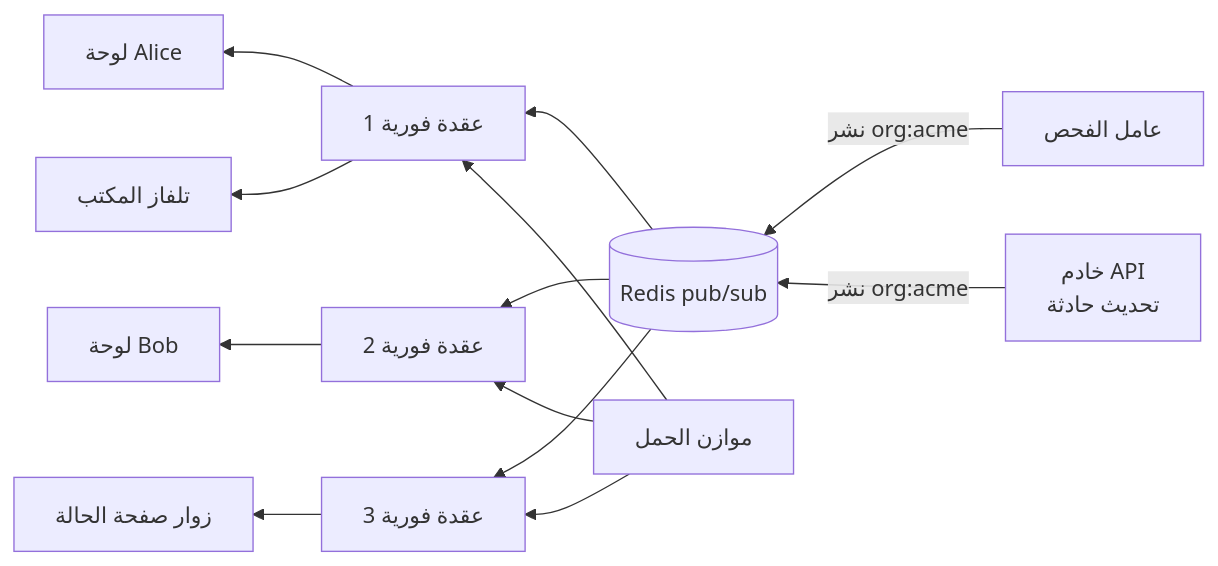
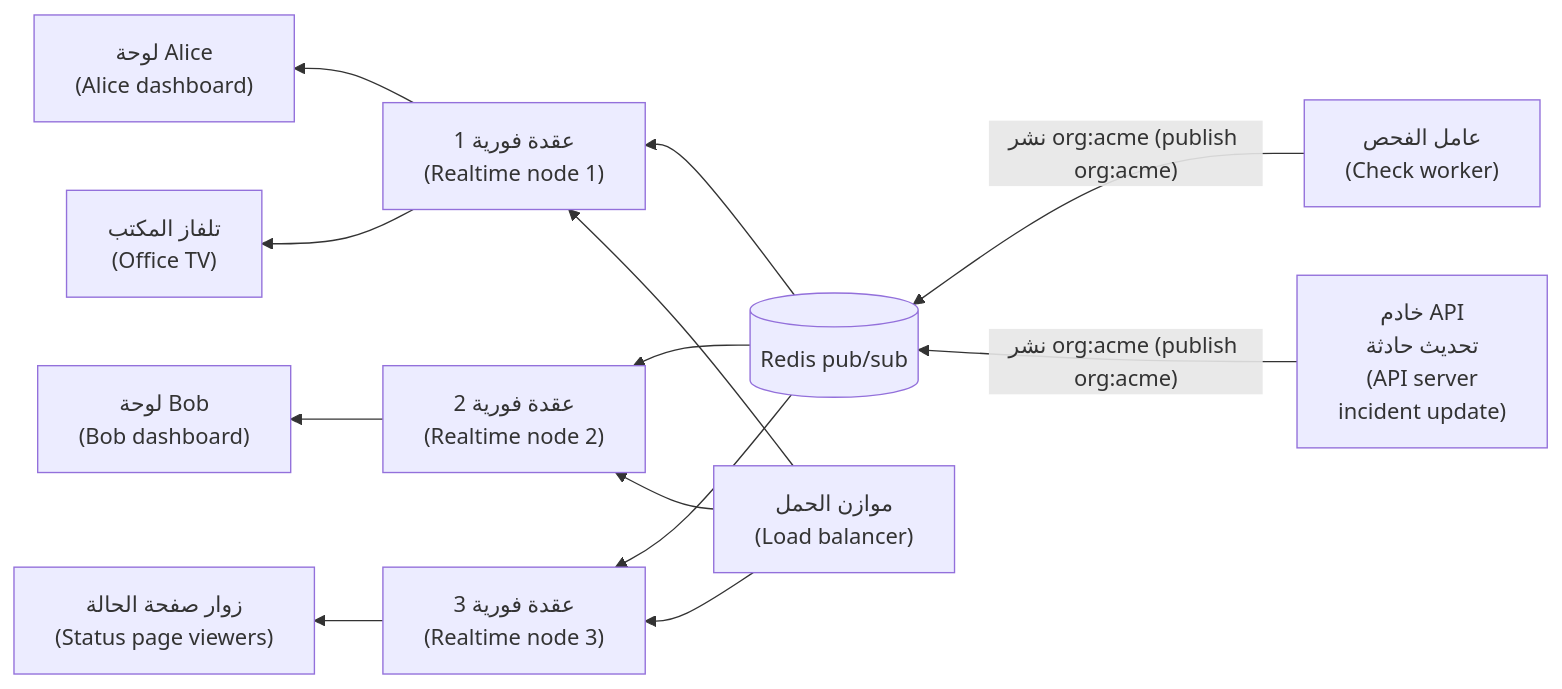
The fifth of 6 diagrams in saas/modules/04-communication.ar.md (Tamoura/system-design-for-vibe-coders), drawn with Mermaid before and after one commit. The commit also changed other lines of this file and 62 other files, not shown here.

First line of the commit message:
Arabic editions: English on every diagram label, RTL fixes, rebuild

````diff
--- a/saas/modules/04-communication.ar.md
+++ b/saas/modules/04-communication.ar.md
@@ -627,15 +627,15 @@
 ```mermaid
 flowchart RL
-    CW["عامل الفحص"] -- "نشر org:acme" --> R[("Redis pub/sub")]
-    API["خادم API<br/>تحديث حادثة"] -- "نشر org:acme" --> R
-    R --> S1["عقدة فورية 1"]
-    R --> S2["عقدة فورية 2"]
-    R --> S3["عقدة فورية 3"]
-    S1 --> C1["لوحة Alice"]
-    S1 --> C2["تلفاز المكتب"]
-    S2 --> C3["لوحة Bob"]
-    S3 --> C4["زوار صفحة الحالة"]
-    LB["موازن الحمل"] --> S1
+    CW["عامل الفحص<br/>(Check worker)"] -- "نشر org:acme (publish org:acme)" --> R[("Redis pub/sub")]
+    API["خادم API<br/>تحديث حادثة<br/>(API server<br/>incident update)"] -- "نشر org:acme (publish org:acme)" --> R
+    R --> S1["عقدة فورية 1<br/>(Realtime node 1)"]
+    R --> S2["عقدة فورية 2<br/>(Realtime node 2)"]
+    R --> S3["عقدة فورية 3<br/>(Realtime node 3)"]
+    S1 --> C1["لوحة Alice<br/>(Alice dashboard)"]
+    S1 --> C2["تلفاز المكتب<br/>(Office TV)"]
+    S2 --> C3["لوحة Bob<br/>(Bob dashboard)"]
+    S3 --> C4["زوار صفحة الحالة<br/>(Status page viewers)"]
+    LB["موازن الحمل<br/>(Load balancer)"] --> S1
     LB --> S2
     LB --> S3
 ```
````
